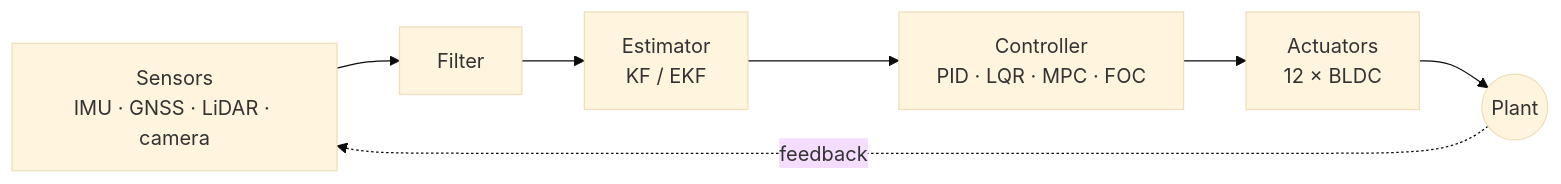
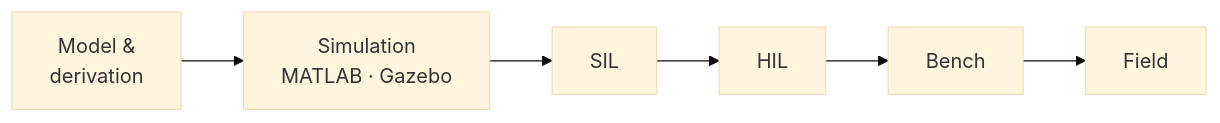
The diagram in profile/README.md (TNG-Blue/.github), drawn with Mermaid (base theme) before and after one commit. The commit also changed other lines of this file, not shown here.

````diff
--- a/profile/README.md
+++ b/profile/README.md
@@ -17,5 +49,4 @@
 ```mermaid
 flowchart LR
-  S[Sensors<br/>IMU · GNSS · LiDAR · camera] --> F[Filter] --> E[Estimator<br/>KF / EKF] --> C[Controller<br/>PID · LQR · MPC · FOC] --> A[Actuators<br/>12 × BLDC] --> P((Plant))
-  P -. feedback .-> S
+  M[Model &<br/>derivation] --> S[Simulation<br/>MATLAB · Gazebo] --> SIL[SIL] --> HIL[HIL] --> B[Bench] --> F[Field]
 ```
````
